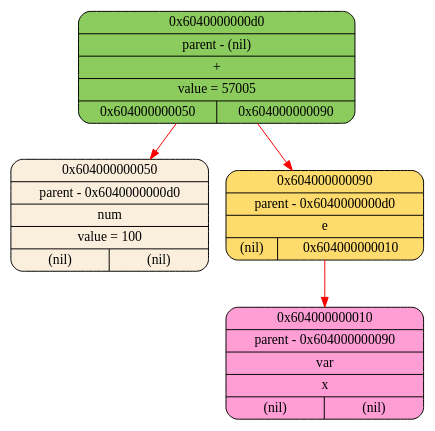
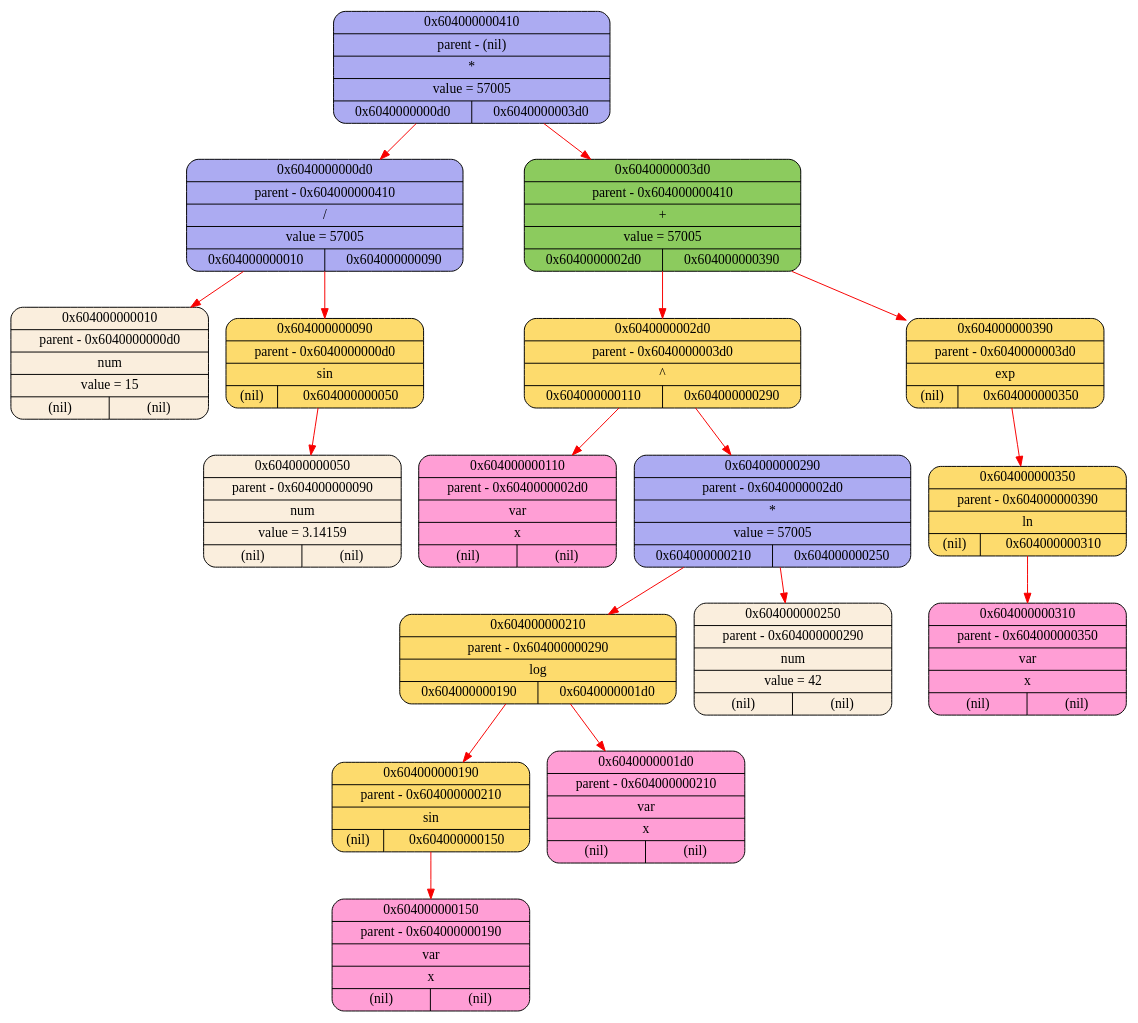
The diagram in logs/log_graphviz.dot (2APetrin/differentiator), drawn with Graphviz before and after one commit. The commit also changed 12 other files, not shown here.

```diff
--- a/logs/log_graphviz.dot
+++ b/logs/log_graphviz.dot
@@ -1,10 +1,36 @@
 digraph
 {
-    node_0x604000000050[shape = Mrecord, label = "{{0x604000000050} | {parent - 0x6040000000d0} | {num} | {value = 100} | {(nil)|(nil)}}", style = "filled", fillcolor = "#FAEEDD"];
-    node_0x604000000010[shape = Mrecord, label = "{{0x604000000010} | {parent - 0x604000000090} | {var} | {x} | {(nil)|(nil)}}", style = "filled", fillcolor = "#FF9ED5"];
-    node_0x604000000090[shape = Mrecord, label = "{{0x604000000090} | {parent - 0x6040000000d0} | {e} | {(nil)|0x604000000010}}", style = "filled", fillcolor = "#FDDB6D"];
-    node_0x6040000000d0[shape = Mrecord, label = "{{0x6040000000d0} | {parent - (nil)} | {+} | {value = 57005} | {0x604000000050|0x604000000090}}", style = "filled", fillcolor = "#8CCB5E"];
-    node_0x6040000000d0->node_0x604000000050 [color = "#F80000"];
+    node_0x604000000010[shape = Mrecord, label = "{{0x604000000010} | {parent - 0x6040000000d0} | {num} | {value = 15} | {(nil)|(nil)}}", style = "filled", fillcolor = "#FAEEDD"];
+    node_0x604000000050[shape = Mrecord, label = "{{0x604000000050} | {parent - 0x604000000090} | {num} | {value = 3.14159} | {(nil)|(nil)}}", style = "filled", fillcolor = "#FAEEDD"];
+    node_0x604000000090[shape = Mrecord, label = "{{0x604000000090} | {parent - 0x6040000000d0} | {sin} | {(nil)|0x604000000050}}", style = "filled", fillcolor = "#FDDB6D"];
+    node_0x6040000000d0[shape = Mrecord, label = "{{0x6040000000d0} | {parent - 0x604000000410} | {/} | {value = 57005} | {0x604000000010|0x604000000090}}", style = "filled", fillcolor = "#ACABF2"];
+    node_0x604000000110[shape = Mrecord, label = "{{0x604000000110} | {parent - 0x6040000002d0} | {var} | {x} | {(nil)|(nil)}}", style = "filled", fillcolor = "#FF9ED5"];
+    node_0x604000000150[shape = Mrecord, label = "{{0x604000000150} | {parent - 0x604000000190} | {var} | {x} | {(nil)|(nil)}}", style = "filled", fillcolor = "#FF9ED5"];
+    node_0x604000000190[shape = Mrecord, label = "{{0x604000000190} | {parent - 0x604000000210} | {sin} | {(nil)|0x604000000150}}", style = "filled", fillcolor = "#FDDB6D"];
+    node_0x6040000001d0[shape = Mrecord, label = "{{0x6040000001d0} | {parent - 0x604000000210} | {var} | {x} | {(nil)|(nil)}}", style = "filled", fillcolor = "#FF9ED5"];
+    node_0x604000000210[shape = Mrecord, label = "{{0x604000000210} | {parent - 0x604000000290} | {log} | {0x604000000190|0x6040000001d0}}", style = "filled", fillcolor = "#FDDB6D"];
+    node_0x604000000250[shape = Mrecord, label = "{{0x604000000250} | {parent - 0x604000000290} | {num} | {value = 42} | {(nil)|(nil)}}", style = "filled", fillcolor = "#FAEEDD"];
+    node_0x604000000290[shape = Mrecord, label = "{{0x604000000290} | {parent - 0x6040000002d0} | {*} | {value = 57005} | {0x604000000210|0x604000000250}}", style = "filled", fillcolor = "#ACABF2"];
+    node_0x6040000002d0[shape = Mrecord, label = "{{0x6040000002d0} | {parent - 0x6040000003d0} | {^} | {0x604000000110|0x604000000290}}", style = "filled", fillcolor = "#FDDB6D"];
+    node_0x604000000310[shape = Mrecord, label = "{{0x604000000310} | {parent - 0x604000000350} | {var} | {x} | {(nil)|(nil)}}", style = "filled", fillcolor = "#FF9ED5"];
+    node_0x604000000350[shape = Mrecord, label = "{{0x604000000350} | {parent - 0x604000000390} | {ln} | {(nil)|0x604000000310}}", style = "filled", fillcolor = "#FDDB6D"];
+    node_0x604000000390[shape = Mrecord, label = "{{0x604000000390} | {parent - 0x6040000003d0} | {exp} | {(nil)|0x604000000350}}", style = "filled", fillcolor = "#FDDB6D"];
+    node_0x6040000003d0[shape = Mrecord, label = "{{0x6040000003d0} | {parent - 0x604000000410} | {+} | {value = 57005} | {0x6040000002d0|0x604000000390}}", style = "filled", fillcolor = "#8CCB5E"];
+    node_0x604000000410[shape = Mrecord, label = "{{0x604000000410} | {parent - (nil)} | {*} | {value = 57005} | {0x6040000000d0|0x6040000003d0}}", style = "filled", fillcolor = "#ACABF2"];
+    node_0x604000000410->node_0x6040000000d0 [color = "#F80000"];
+    node_0x6040000000d0->node_0x604000000010 [color = "#F80000"];
     node_0x6040000000d0->node_0x604000000090 [color = "#F80000"];
-    node_0x604000000090->node_0x604000000010 [color = "#F80000"];
+    node_0x604000000090->node_0x604000000050 [color = "#F80000"];
+    node_0x604000000410->node_0x6040000003d0 [color = "#F80000"];
+    node_0x6040000003d0->node_0x6040000002d0 [color = "#F80000"];
+    node_0x6040000002d0->node_0x604000000110 [color = "#F80000"];
+    node_0x6040000002d0->node_0x604000000290 [color = "#F80000"];
+    node_0x604000000290->node_0x604000000210 [color = "#F80000"];
+    node_0x604000000210->node_0x604000000190 [color = "#F80000"];
+    node_0x604000000190->node_0x604000000150 [color = "#F80000"];
+    node_0x604000000210->node_0x6040000001d0 [color = "#F80000"];
+    node_0x604000000290->node_0x604000000250 [color = "#F80000"];
+    node_0x6040000003d0->node_0x604000000390 [color = "#F80000"];
+    node_0x604000000390->node_0x604000000350 [color = "#F80000"];
+    node_0x604000000350->node_0x604000000310 [color = "#F80000"];
 }
```
